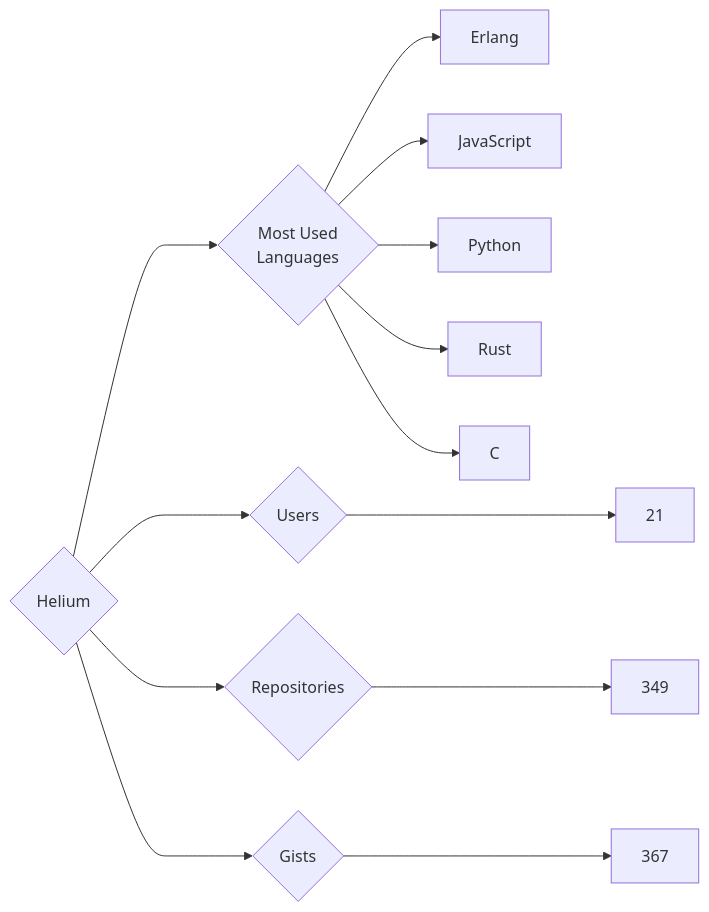
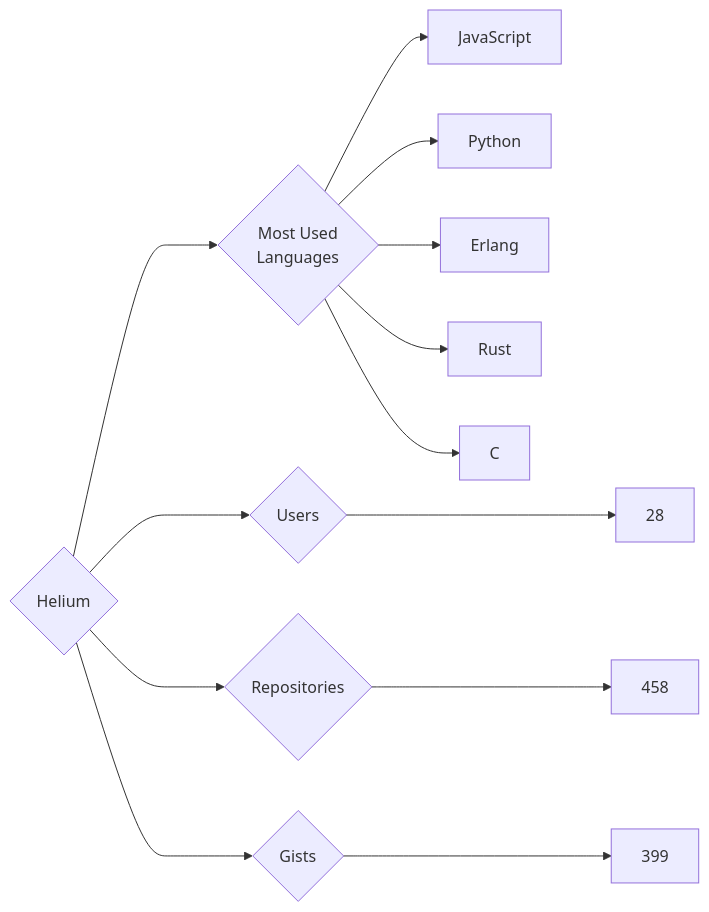
One commit to trickest/insiders changed the diagram in targets/Helium/README.md. Above: the diagram before and after it, drawn with Mermaid. The commit also changed 1084 other files, not shown here.

````diff
--- a/targets/Helium/README.md
+++ b/targets/Helium/README.md
@@ -3,13 +3,13 @@
 ```mermaid
 graph LR
 COMPANY_NAME{Helium}
-COMPANY_NAME ---> U{Users} ---> UN[21]
-COMPANY_NAME ---> R{Repositories} ---> RN[349]
-COMPANY_NAME ---> G{Gists} ---> GN[367]
+COMPANY_NAME ---> U{Users} ---> UN[28]
+COMPANY_NAME ---> R{Repositories} ---> RN[458]
+COMPANY_NAME ---> G{Gists} ---> GN[399]
 COMPANY_NAME ---> ML{Most Used<br>Languages}
-ML --> Erlang[Erlang]
 ML --> JavaScript[JavaScript]
 ML --> Python[Python]
+ML --> Erlang[Erlang]
 ML --> Rust[Rust]
 ML --> C[C]
 ```
````
